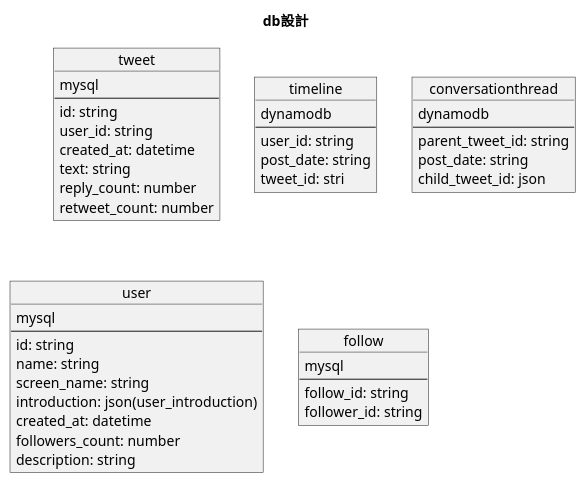
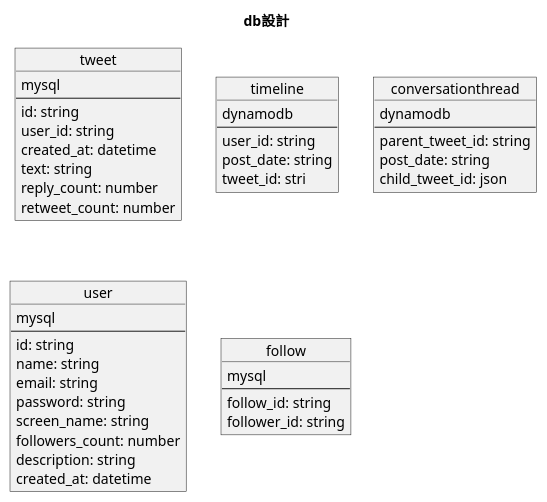
Before and after one commit to YuuseiMatsunaga/hogetter: the diagram in docs/db_design.pu, drawn with PlantUML. The commit also changed 19 other files, not shown here.

```diff
--- a/docs/db_design.pu
+++ b/docs/db_design.pu
@@ -1,50 +1,51 @@
 @startuml db
 title db設計
 
 object tweet {
     mysql
     --
     id: string
     user_id: string
     created_at: datetime
     text: string
     reply_count: number
     retweet_count: number
 }
 
 object timeline {
     dynamodb
     --
     user_id: string
     post_date: string
     tweet_id: stri
 }
 
 object conversationthread {
     dynamodb
     --
     parent_tweet_id: string
     post_date: string
     child_tweet_id: json
 }
 
 object user {
     mysql
     --
     id: string
     name: string
+    email: string
+    password: string
     screen_name: string
-    introduction: json(user_introduction)
-    created_at: datetime
     followers_count: number
     description: string
+    created_at: datetime
 }
 
 object follow {
     mysql
     --
     follow_id: string
     follower_id: string
 }
 
 @enduml
```
